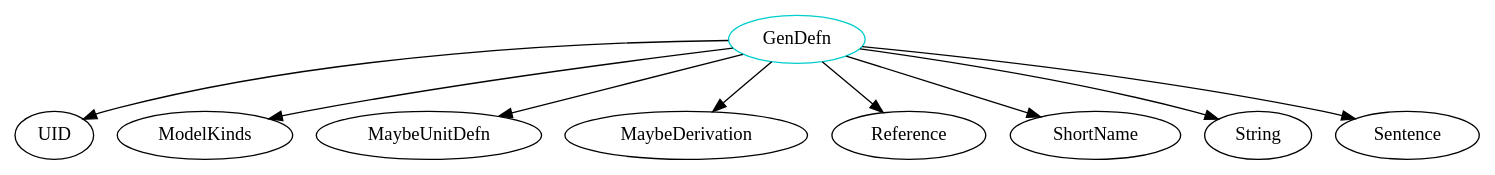
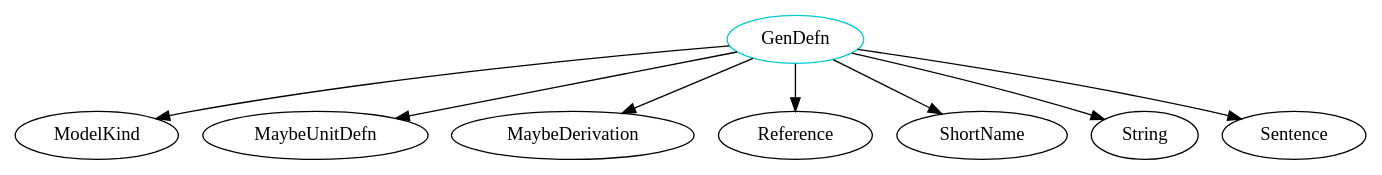
One commit to JacquesCarette/Drasil changed the diagram in analysis/TypeDependencyGraphs/theory/GenDefn.dot. Above: the diagram before and after it, drawn with Graphviz. The commit also changed 622 other files, not shown here.

```diff
--- a/analysis/TypeDependencyGraphs/theory/GenDefn.dot
+++ b/analysis/TypeDependencyGraphs/theory/GenDefn.dot
@@ -1,11 +1,10 @@
 digraph gendefn{
-GenDefn -> UID;
-GenDefn -> ModelKinds;
+GenDefn -> ModelKind;
 GenDefn -> MaybeUnitDefn;
 GenDefn -> MaybeDerivation;
 GenDefn -> Reference;
 GenDefn -> ShortName;
 GenDefn -> String;
 GenDefn -> Sentence;
 GenDefn	[shape=oval, color=cyan3, label=GenDefn];
 }
```
